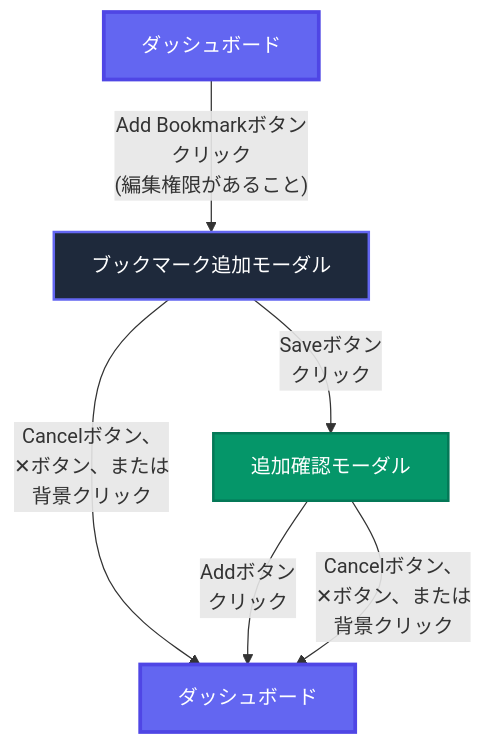
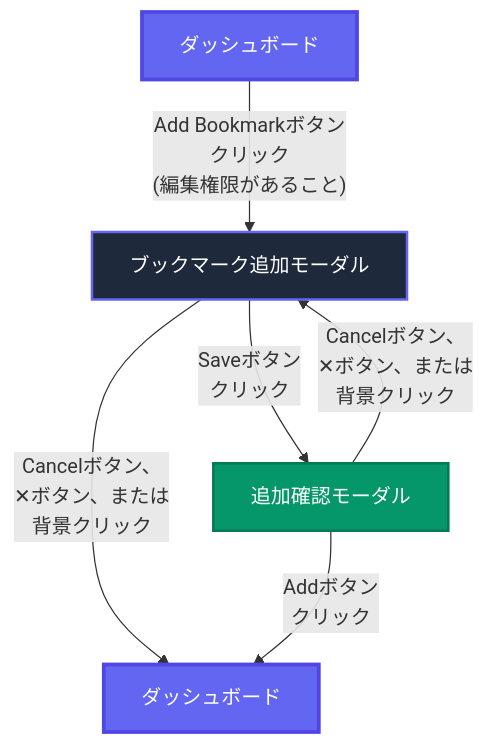
The second of 4 diagrams in docs/screen-flow-diagram.md (kyohx/bookmark-web-frontend), drawn with Mermaid before and after one commit. The commit also changed other lines of this file and 2 other files, not shown here.

Commit message:
feat: 保存確認キャンセル時にブックマーク追加/編集モーダルを閉じないように修正

````diff
--- a/docs/screen-flow-diagram.md
+++ b/docs/screen-flow-diagram.md
@@ -27,16 +27,16 @@
 ```mermaid
 flowchart TD
     Dashboard1["ダッシュボード"] -->|"Add Bookmarkボタン<br/>クリック<br/>(編集権限があること)"| AddModal["ブックマーク追加モーダル"]
     AddModal -->|"Saveボタン<br/>クリック"| AddConfirm["追加確認モーダル"]
     AddModal -->|"Cancelボタン、<br/>✕ボタン、または<br/>背景クリック"| Dashboard2["ダッシュボード"]
     AddConfirm -->|"Addボタン<br/>クリック"| Dashboard2
-    AddConfirm -->|"Cancelボタン、<br/>✕ボタン、または<br/>背景クリック"| Dashboard2
+    AddConfirm -->|"Cancelボタン、<br/>✕ボタン、または<br/>背景クリック"| AddModal
     
     classDef screenStyle fill:#6366f1,stroke:#4f46e5,stroke-width:3px,color:#fff
     classDef modalStyle fill:#1e293b,stroke:#6366f1,stroke-width:2px,color:#fff
     classDef confirmStyle fill:#059669,stroke:#047857,stroke-width:2px,color:#fff
     
     class Dashboard1,Dashboard2 screenStyle
     class AddModal modalStyle
     class AddConfirm confirmStyle
 ```
````
